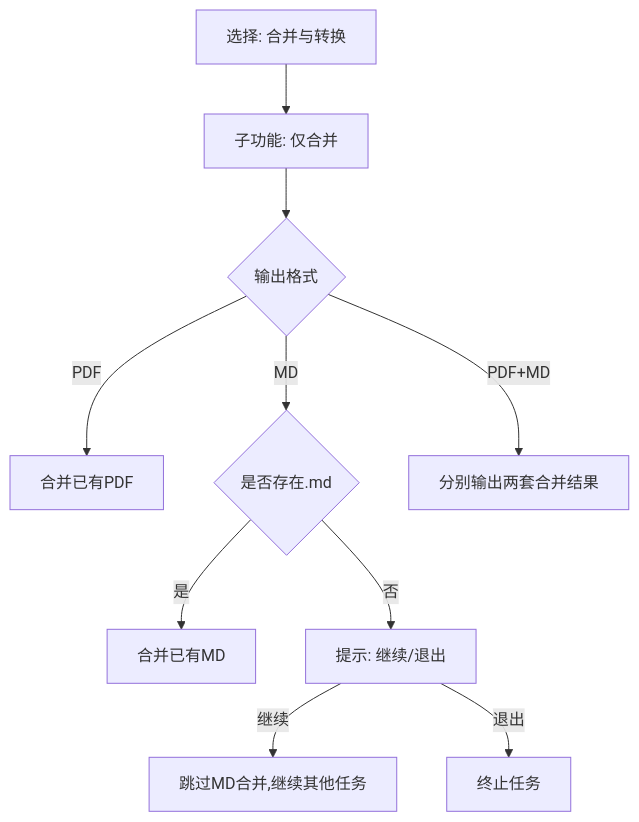
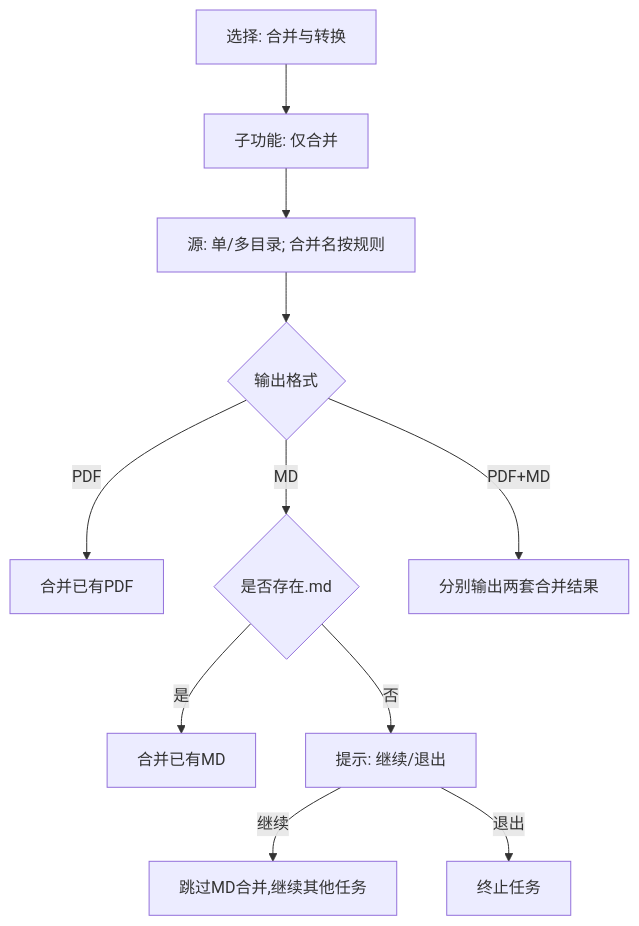
Before and after one commit to ts721521/ZhiWei2026: the third of 7 diagrams in 2026/使用说明书.md, drawn with Mermaid. The commit also changed other lines of this file and 10 other files, not shown here.

````diff
--- a/2026/使用说明书.md
+++ b/2026/使用说明书.md
@@ -414,12 +438,13 @@
 ```mermaid
 flowchart TD
   A[选择: 合并与转换] --> B[子功能: 仅合并]
-  B --> C{输出格式}
+  B --> B2[源: 单/多目录; 合并名按规则]
+  B2 --> C{输出格式}
   C -->|PDF| D[合并已有PDF]
   C -->|MD| E{是否存在.md}
   E -->|是| F[合并已有MD]
   E -->|否| G[提示: 继续/退出]
   G -->|继续| H[跳过MD合并,继续其他任务]
   G -->|退出| I[终止任务]
   C -->|PDF+MD| J[分别输出两套合并结果]
 ```
````
